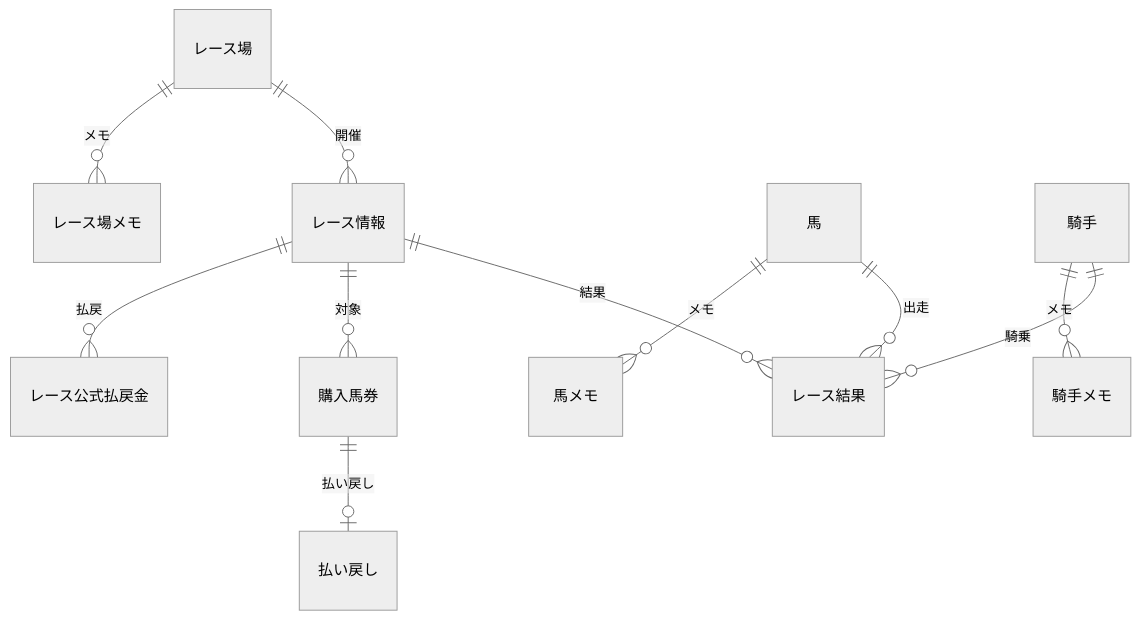
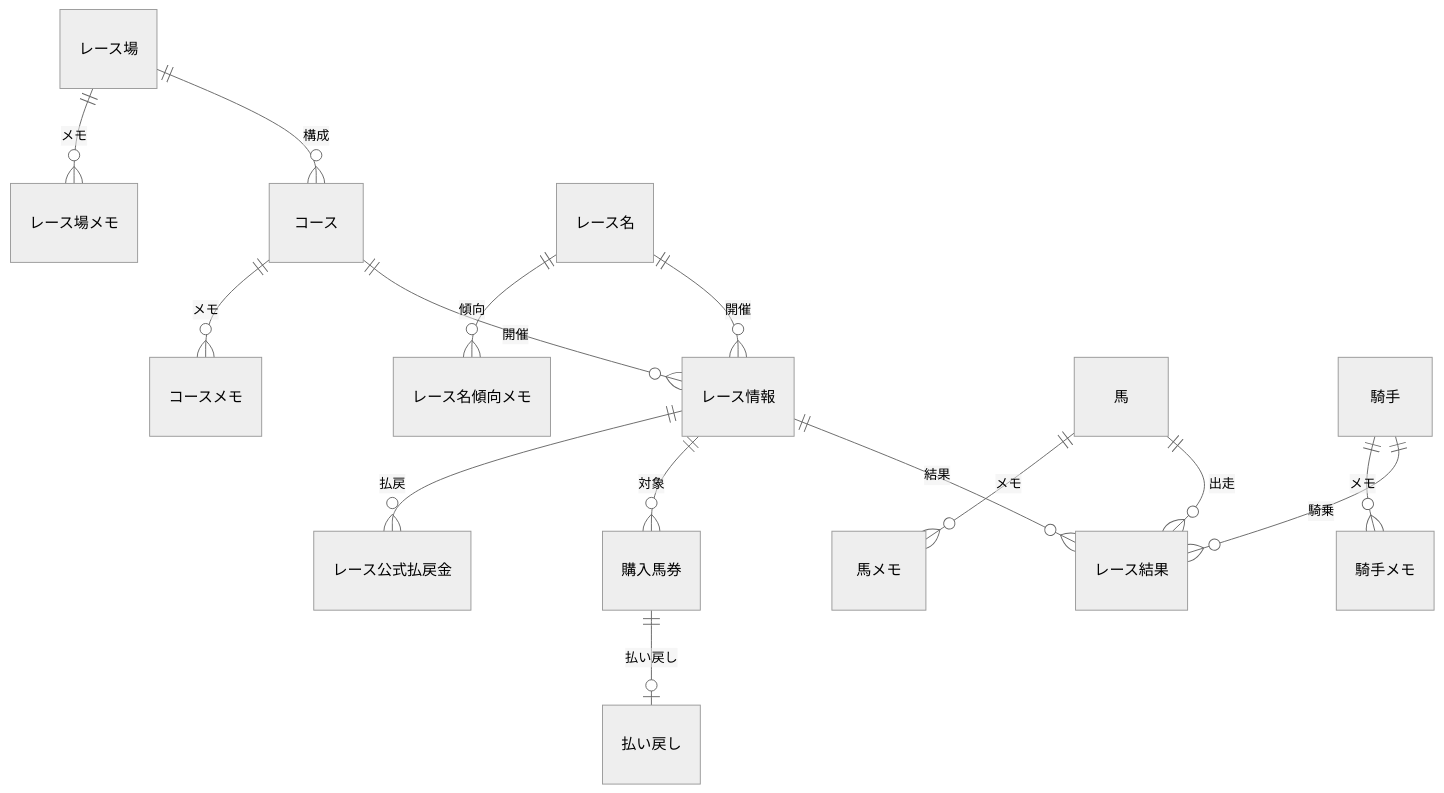
Before and after one commit to nakajima97/keiba-db: the diagram in docs/specs/conceptual-er.md, drawn with Mermaid (neutral theme). The commit also changed 1 other file, not shown here.

Commit message:
コースエンティティの追加と関連エンティティの整理
- e_15コースを追加（レース場・馬場種別・距離の組み合わせ）
- レース情報のコース参照に変更（レース場・距離・馬場種別属性を削除）
- e_12コースメモをコース参照に整理
- e_14レース名・e_13レース名傾向メモを追加
- 概念ER図を新構造に更新

````diff
--- a/docs/specs/conceptual-er.md
+++ b/docs/specs/conceptual-er.md
@@ -5,14 +5,18 @@
 ```mermaid
 erDiagram
-    レース場 ||--o{ レース情報 : "開催"
+    レース場 ||--o{ コース : "構成"
     レース場 ||--o{ レース場メモ : "メモ"
+    コース ||--o{ レース情報 : "開催"
+    コース ||--o{ コースメモ : "メモ"
+    レース名 ||--o{ レース情報 : "開催"
+    レース名 ||--o{ レース名傾向メモ : "傾向"
     レース情報 ||--o{ レース結果 : "結果"
     レース情報 ||--o{ 購入馬券 : "対象"
     レース情報 ||--o{ レース公式払戻金 : "払戻"
     馬 ||--o{ レース結果 : "出走"
     馬 ||--o{ 馬メモ : "メモ"
     騎手 ||--o{ レース結果 : "騎乗"
     騎手 ||--o{ 騎手メモ : "メモ"
     購入馬券 ||--o| 払い戻し : "払い戻し"
 
 ```
````
